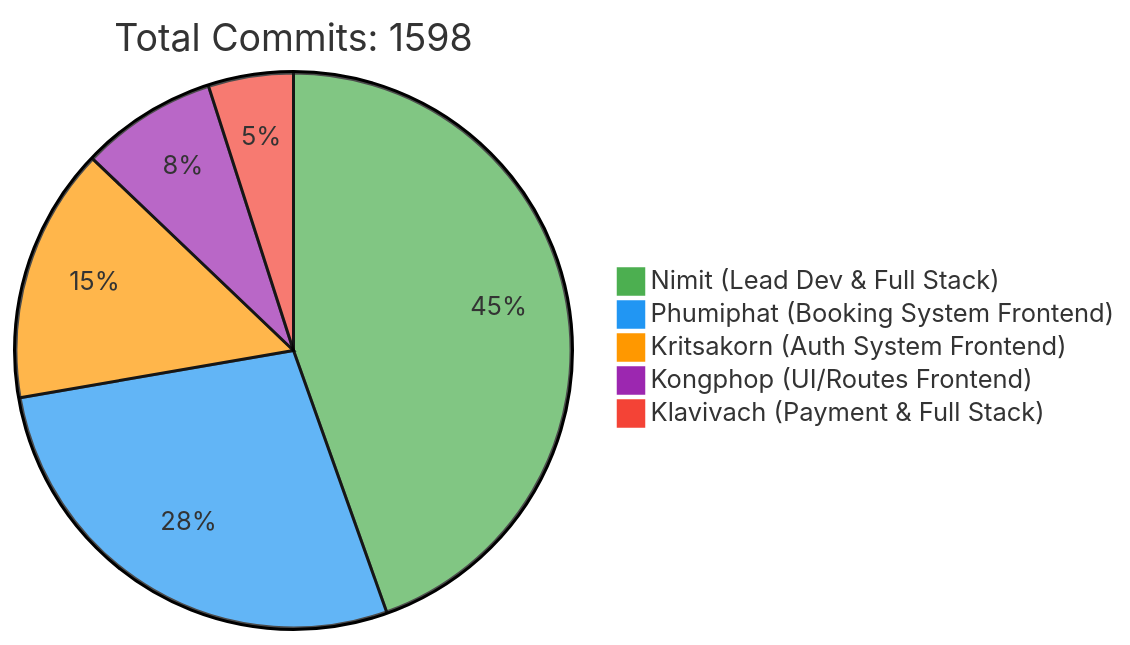
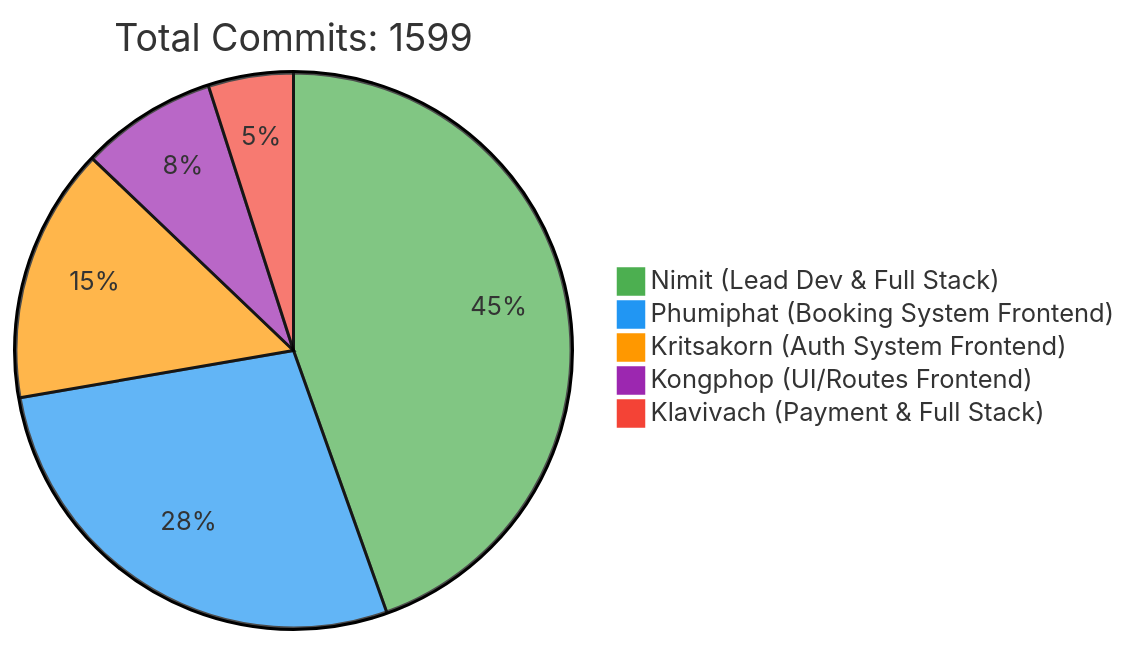
Before and after one commit to 6531503042/Sport-Complex: the first of 2 diagrams in README.md, drawn with Mermaid. The commit also changed other lines of this file, not shown here.

Commit message:
docs: Update contributor statistics [skip ci]

````diff
--- a/README.md
+++ b/README.md
@@ -257,10 +257,10 @@
 ```mermaid
 %%{init: {'theme': 'base', 'themeVariables': { 'pie1': '#4CAF50', 'pie2': '#2196F3', 'pie3': '#FF9800', 'pie4': '#9C27B0', 'pie5': '#F44336'}}}%%
 pie
-    title Total Commits: 1598
+    title Total Commits: 1599
     "Nimit (Lead Dev & Full Stack)" : 450
     "Phumiphat (Booking System Frontend)" : 280
     "Kritsakorn (Auth System Frontend)" : 150
     "Kongphop (UI/Routes Frontend)" : 80
     "Klavivach (Payment & Full Stack)" : 50
 ```
````
